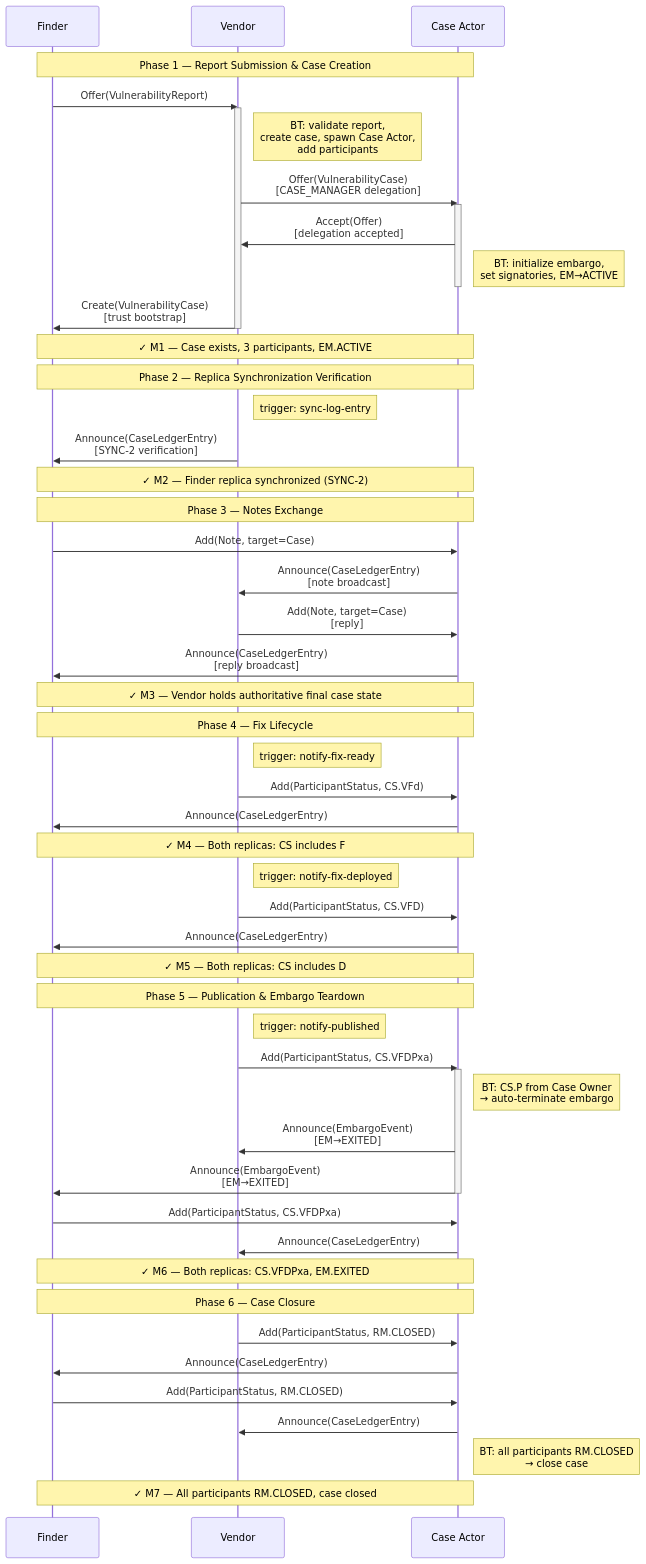
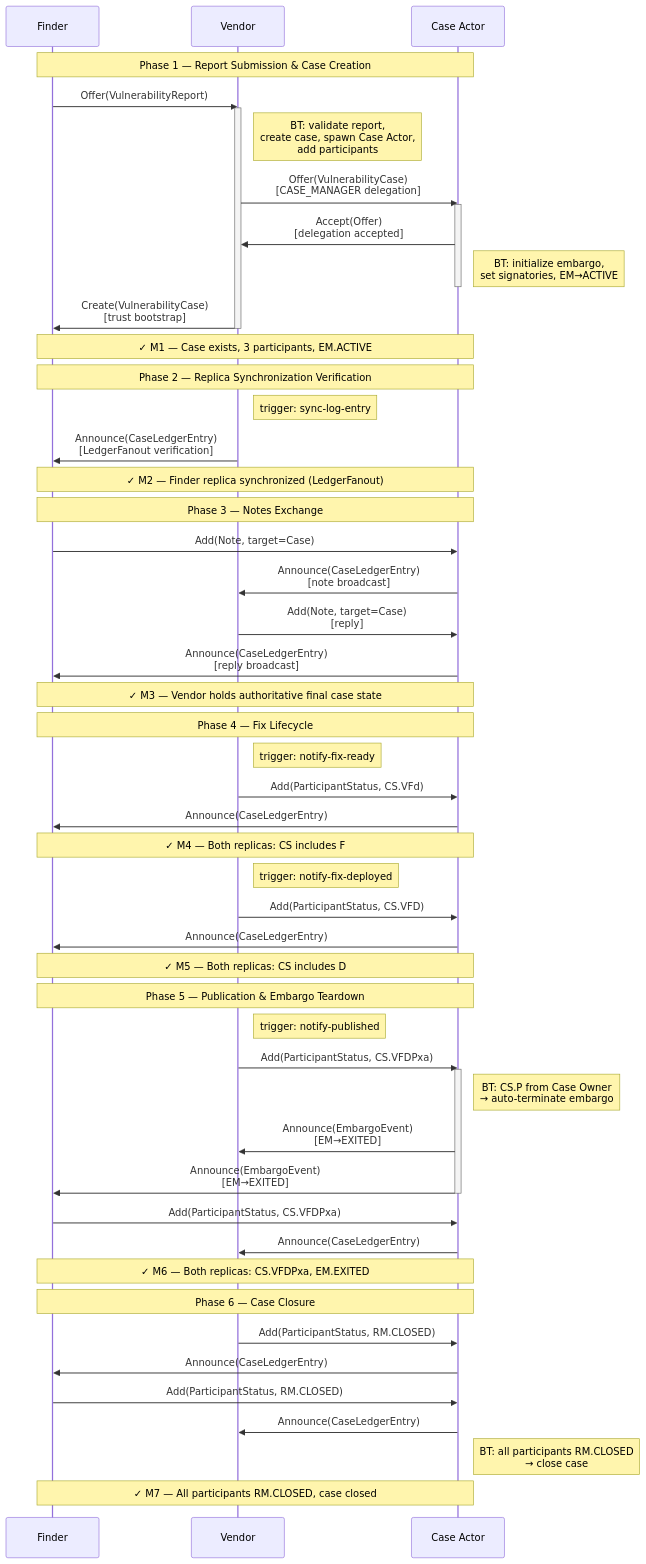
Before and after one commit to CERTCC/Vultron: the diagram in docs/reference/fv-demo-protocol.md, drawn with Mermaid. The commit also changed other lines of this file and 41 other files, not shown here.

First line of the commit message:
refactor: rename SYNC-1/2/3/4 to domain-grounded ledger sync concepts

````diff
--- a/docs/reference/fv-demo-protocol.md
+++ b/docs/reference/fv-demo-protocol.md
@@ -39,69 +39,69 @@
 ```mermaid
 sequenceDiagram
     participant F as Finder
     participant V as Vendor
     participant CA as Case Actor
 
     note over F,CA: Phase 1 — Report Submission & Case Creation
 
     F->>V: Offer(VulnerabilityReport)
     activate V
     note right of V: BT: validate report,<br/>create case, spawn Case Actor,<br/>add participants
     V->>CA: Offer(VulnerabilityCase)<br/>[CASE_MANAGER delegation]
     activate CA
     CA->>V: Accept(Offer)<br/>[delegation accepted]
     note right of CA: BT: initialize embargo,<br/>set signatories, EM→ACTIVE
     deactivate CA
     V->>F: Create(VulnerabilityCase)<br/>[trust bootstrap]
     deactivate V
     note over F,CA: ✓ M1 — Case exists, 3 participants, EM.ACTIVE
 
     note over F,CA: Phase 2 — Replica Synchronization Verification
 
     note right of V: trigger: sync-log-entry
-    V->>F: Announce(CaseLedgerEntry)<br/>[SYNC-2 verification]
-    note over F,CA: ✓ M2 — Finder replica synchronized (SYNC-2)
+    V->>F: Announce(CaseLedgerEntry)<br/>[LedgerFanout verification]
+    note over F,CA: ✓ M2 — Finder replica synchronized (LedgerFanout)
 
     note over F,CA: Phase 3 — Notes Exchange
 
     F->>CA: Add(Note, target=Case)
     CA->>V: Announce(CaseLedgerEntry)<br/>[note broadcast]
     V->>CA: Add(Note, target=Case)<br/>[reply]
     CA->>F: Announce(CaseLedgerEntry)<br/>[reply broadcast]
 
     note over F,CA: ✓ M3 — Vendor holds authoritative final case state
 
     note over F,CA: Phase 4 — Fix Lifecycle
 
     note right of V: trigger: notify-fix-ready
     V->>CA: Add(ParticipantStatus, CS.VFd)
     CA->>F: Announce(CaseLedgerEntry)
     note over F,CA: ✓ M4 — Both replicas: CS includes F
 
     note right of V: trigger: notify-fix-deployed
     V->>CA: Add(ParticipantStatus, CS.VFD)
     CA->>F: Announce(CaseLedgerEntry)
     note over F,CA: ✓ M5 — Both replicas: CS includes D
 
     note over F,CA: Phase 5 — Publication & Embargo Teardown
 
     note right of V: trigger: notify-published
     V->>CA: Add(ParticipantStatus, CS.VFDPxa)
     activate CA
     note right of CA: BT: CS.P from Case Owner<br/>→ auto-terminate embargo
     CA->>V: Announce(EmbargoEvent)<br/>[EM→EXITED]
     CA->>F: Announce(EmbargoEvent)<br/>[EM→EXITED]
     deactivate CA
     F->>CA: Add(ParticipantStatus, CS.VFDPxa)
     CA->>V: Announce(CaseLedgerEntry)
     note over F,CA: ✓ M6 — Both replicas: CS.VFDPxa, EM.EXITED
 
     note over F,CA: Phase 6 — Case Closure
 
     V->>CA: Add(ParticipantStatus, RM.CLOSED)
     CA->>F: Announce(CaseLedgerEntry)
     F->>CA: Add(ParticipantStatus, RM.CLOSED)
     CA->>V: Announce(CaseLedgerEntry)
     note right of CA: BT: all participants RM.CLOSED<br/>→ close case
     note over F,CA: ✓ M7 — All participants RM.CLOSED, case closed
 ```
````
